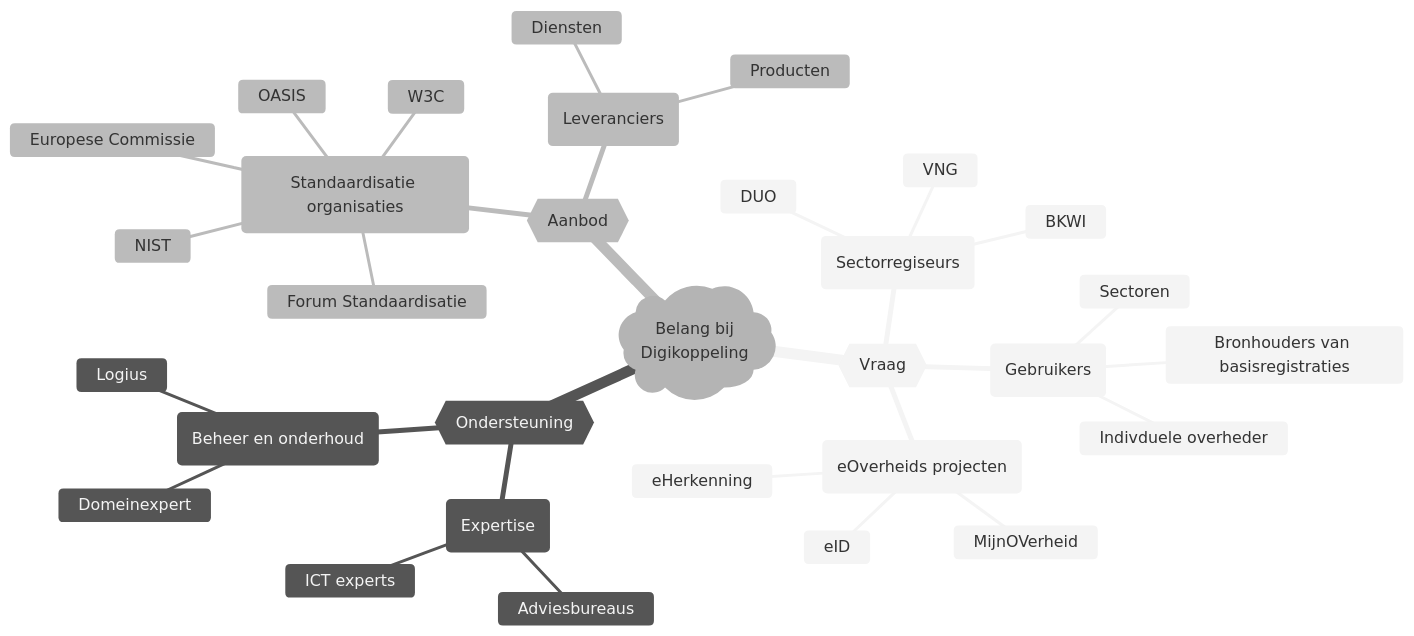
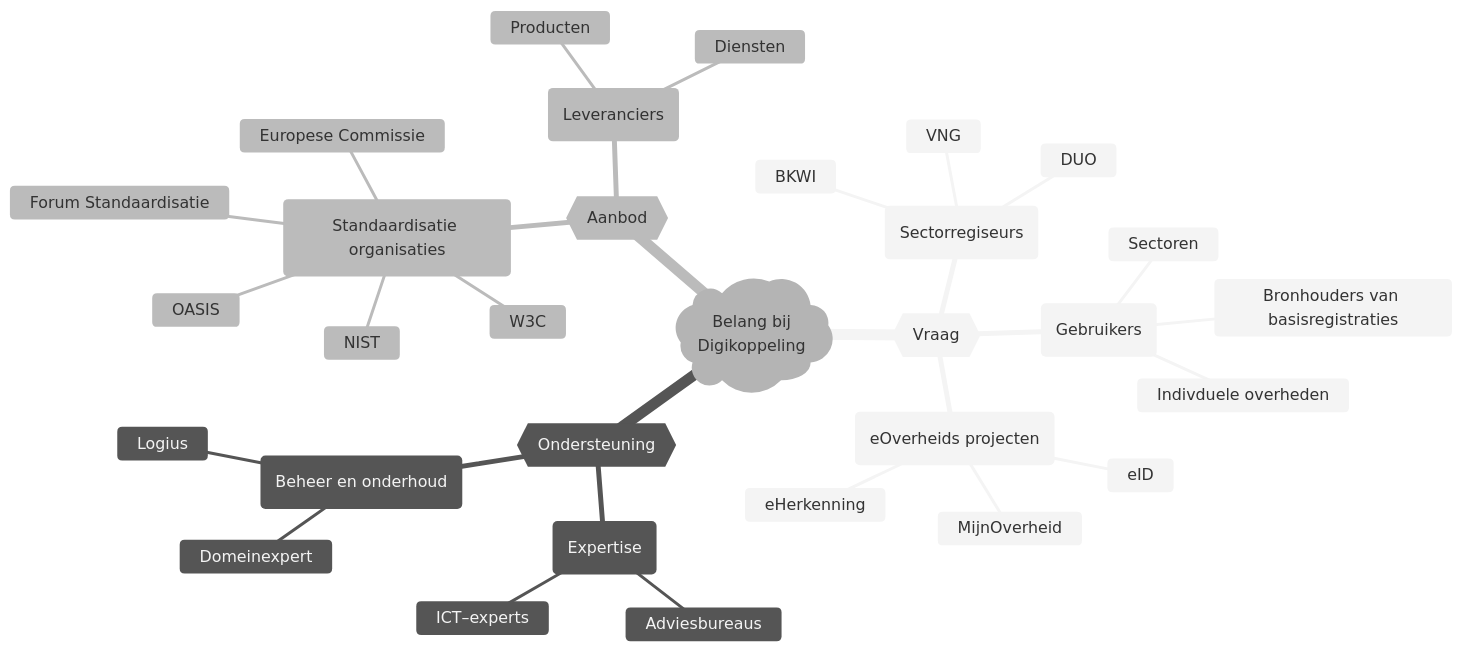
Before and after one commit to Logius-standaarden/Digikoppeling-Beheermodel: the diagram in ch03_Tactiek.md, drawn with Mermaid (neutral theme). The commit also changed other lines of this file and 1 other file, not shown here.

Commit message:
Mermaid fix and typos

````diff
--- a/ch03_Tactiek.md
+++ b/ch03_Tactiek.md
@@ -14,34 +14,34 @@
 ```mermaid
 mindmap
   root)Belang bij<br>Digikoppeling(
     {{Vraag}}
       (Sectorregiseurs)
         VNG
         DUO
         BKWI
       (Gebruikers)
-        Indivduele overheder
+        Indivduele overheden
         Sectoren
         Bronhouders van basisregistraties
       (eOverheids projecten)
-        MijnOVerheid
+        MijnOverheid
         eHerkenning
         eID
     {{Ondersteuning}}
       (Expertise)
         Adviesbureaus
-        ICT experts
+        ICT–experts
       (Beheer en onderhoud)
         Domeinexpert
         Logius
     {{Aanbod}}
       (Standaardisatie organisaties)
         OASIS
         W3C
         NIST
         Forum Standaardisatie
         Europese Commissie
       (Leveranciers)
         Diensten
         Producten
 ```
````
